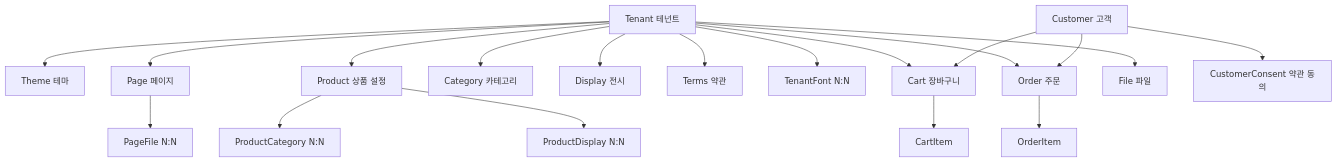
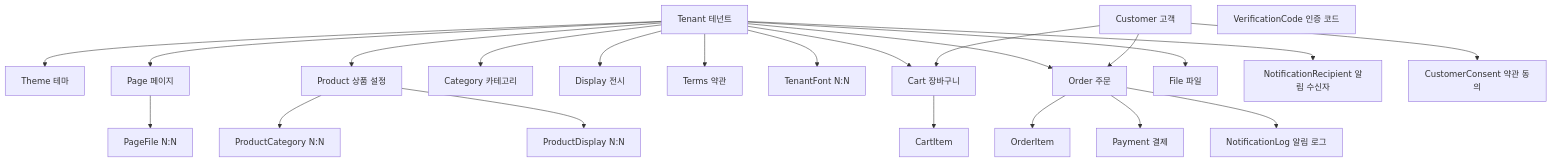
The second of 3 diagrams in _posts/20260112-multi-tenant-saas-architecture.mdx (anveloper/anveloper.github.io), drawn with Mermaid before and after one commit. The commit also changed other lines of this file and 1 other file, not shown here.

````diff
--- a/_posts/20260112-multi-tenant-saas-architecture.mdx
+++ b/_posts/20260112-multi-tenant-saas-architecture.mdx
@@ -78,24 +78,29 @@
 ```mermaid
 graph TD
   Tenant[Tenant 테넌트]
   Tenant --> Theme[Theme 테마]
   Tenant --> Page[Page 페이지]
   Page --> PageFile[PageFile N:N]
   Tenant --> Product[Product 상품 설정]
   Product --> ProductCategory[ProductCategory N:N]
   Product --> ProductDisplay[ProductDisplay N:N]
   Tenant --> Category[Category 카테고리]
   Tenant --> Display[Display 전시]
   Tenant --> Terms[Terms 약관]
   Tenant --> TenantFont[TenantFont N:N]
   Tenant --> Cart[Cart 장바구니]
   Cart --> CartItem[CartItem]
   Tenant --> Order[Order 주문]
   Order --> OrderItem[OrderItem]
+  Order --> Payment[Payment 결제]
+  Order --> NotificationLog[NotificationLog 알림 로그]
   Tenant --> File[File 파일]
+  Tenant --> NotificationRecipient[NotificationRecipient 알림 수신자]
 
   Customer[Customer 고객]
   Customer --> Cart
   Customer --> Order
   Customer --> CustomerConsent[CustomerConsent 약관 동의]
+
+  VerificationCode[VerificationCode 인증 코드]
 ```
````
